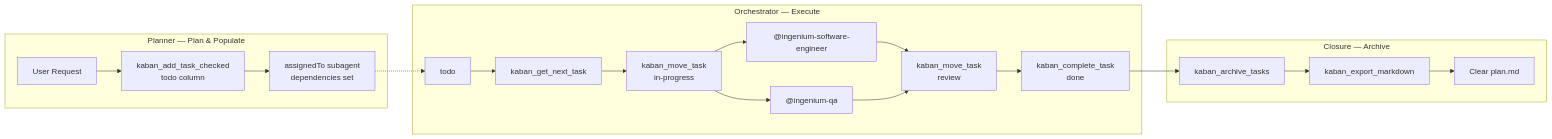
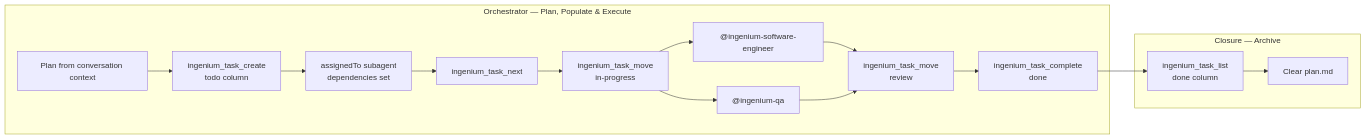
Before and after one commit to jtmb/ingenium: the second of 4 diagrams in docs/agents.md, drawn with Mermaid. The commit also changed other lines of this file and 15 other files, not shown here.

````diff
--- a/docs/agents.md
+++ b/docs/agents.md
@@ -92,25 +81,19 @@
 ```mermaid
 flowchart LR
-    subgraph Planner["Planner — Plan & Populate"]
-        REQ["User Request"] --> CREATE["kaban_add_task_checked<br/>todo column"]
+    subgraph Orchestrator["Orchestrator — Plan, Populate & Execute"]
+        REQ["Plan from conversation context"] --> CREATE["ingenium_task_create<br/>todo column"]
         CREATE --> ASSIGN["assignedTo subagent<br/>dependencies set"]
-    end
-    
-    subgraph Orchestrator["Orchestrator — Execute"]
-        TODO["todo"] --> NEXT["kaban_get_next_task"]
-        NEXT --> INPROG["kaban_move_task<br/>in-progress"]
+        ASSIGN --> NEXT["ingenium_task_next"]
+        NEXT --> INPROG["ingenium_task_move<br/>in-progress"]
         INPROG --> SE["@ingenium-software-engineer"]
         INPROG --> QA["@ingenium-qa"]
-        SE --> REVIEW["kaban_move_task<br/>review"]
+        SE --> REVIEW["ingenium_task_move<br/>review"]
         QA --> REVIEW
-        REVIEW --> DONE["kaban_complete_task<br/>done"]
+        REVIEW --> DONE["ingenium_task_complete<br/>done"]
     end
     
     subgraph Closure["Closure — Archive"]
-        DONE --> ARCHIVE["kaban_archive_tasks"]
-        ARCHIVE --> EXPORT["kaban_export_markdown"]
-        EXPORT --> CLEAR["Clear plan.md"]
+        DONE --> ARCHIVE["ingenium_task_list<br/>done column"]
+        ARCHIVE --> CLEAR["Clear plan.md"]
     end
-
-    ASSIGN -.-> TODO
 ```
````
